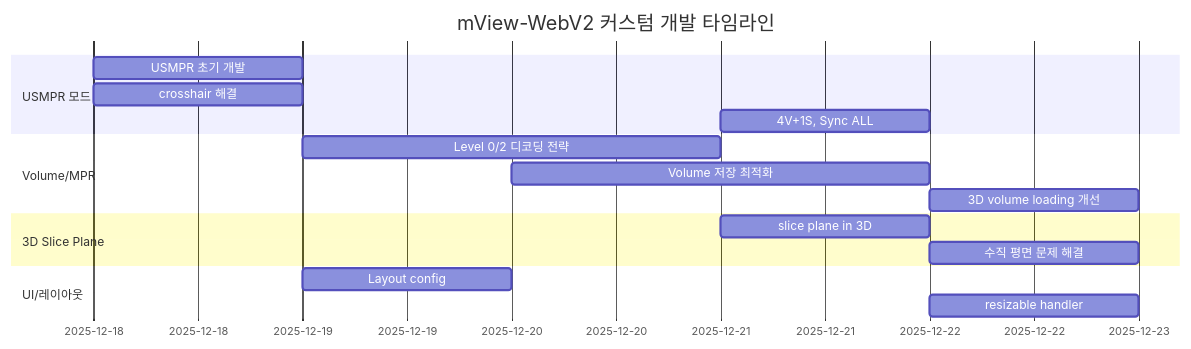
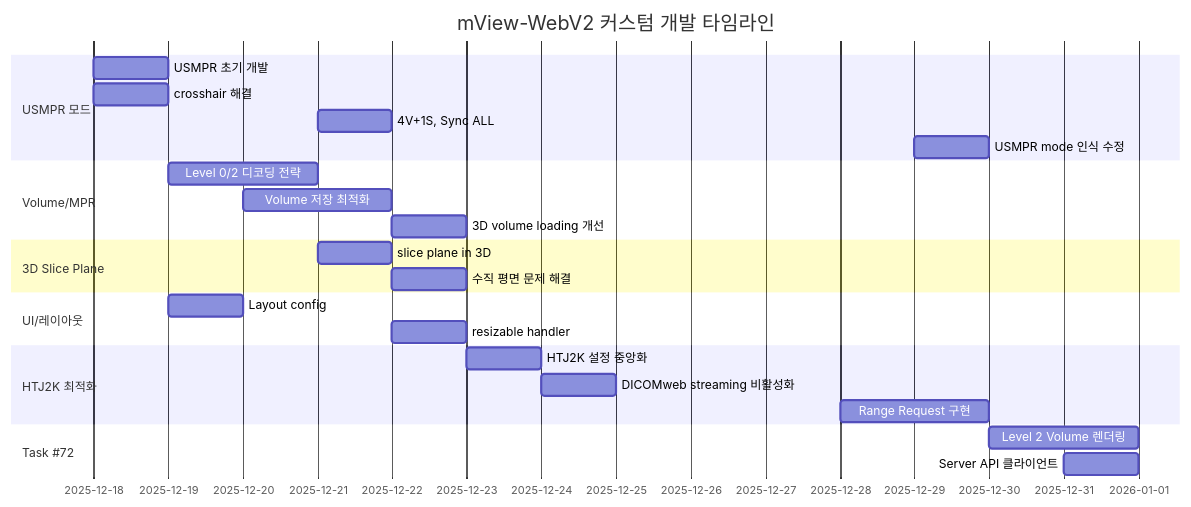
One commit to archiael/OHIF_Viewers changed the first of 9 diagrams in document/mview-webv2-customization-analysis.md. Above: the diagram before and after it, drawn with Mermaid. The commit also changed other lines of this file and 9 other files, not shown here.

````diff
--- a/document/mview-webv2-customization-analysis.md
+++ b/document/mview-webv2-customization-analysis.md
@@ -16,19 +16,27 @@
 ```mermaid
 gantt
     title mView-WebV2 커스텀 개발 타임라인
     dateFormat  YYYY-MM-DD
     section USMPR 모드
     USMPR 초기 개발           :2025-12-18, 1d
     crosshair 해결            :2025-12-18, 1d
     4V+1S, Sync ALL           :2025-12-21, 1d
+    USMPR mode 인식 수정      :2025-12-29, 1d
     section Volume/MPR
     Level 0/2 디코딩 전략     :2025-12-19, 2d
     Volume 저장 최적화        :2025-12-20, 2d
     3D volume loading 개선    :2025-12-22, 1d
     section 3D Slice Plane
     slice plane in 3D         :2025-12-21, 1d
     수직 평면 문제 해결       :2025-12-22, 1d
     section UI/레이아웃
     Layout config             :2025-12-19, 1d
     resizable handler         :2025-12-22, 1d
+    section HTJ2K 최적화
+    HTJ2K 설정 중앙화         :2025-12-23, 1d
+    DICOMweb streaming 비활성화 :2025-12-24, 1d
+    Range Request 구현        :2025-12-28, 2d
+    section Task #72
+    Level 2 Volume 렌더링     :2025-12-30, 2d
+    Server API 클라이언트     :2025-12-31, 1d
 ```
````
